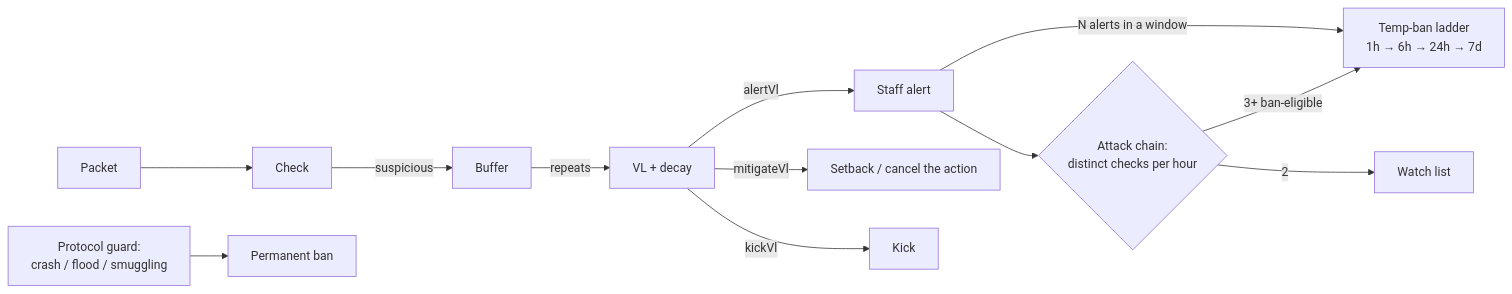
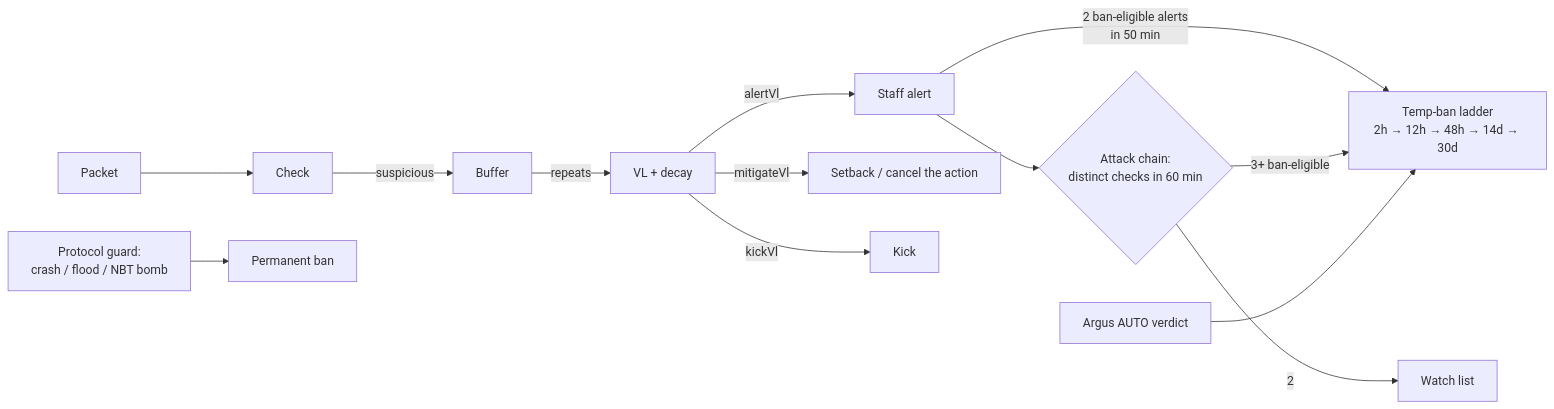
Before and after one commit to dhehdjebejen-beep/Bastion: the diagram in BastionAC/README.md, drawn with Mermaid. The commit also changed other lines of this file and 11 other files, not shown here.

````diff
--- a/BastionAC/README.md
+++ b/BastionAC/README.md
@@ -200,13 +200,14 @@
 ```mermaid
 flowchart LR
     P[Packet] --> CK[Check] -->|suspicious| B[Buffer]
     B -->|repeats| V[VL + decay]
     V -->|alertVl| AL[Staff alert]
     V -->|mitigateVl| MI[Setback / cancel the action]
     V -->|kickVl| KI[Kick]
-    AL -->|N alerts in a window| TB[Temp-ban ladder<br/>1h → 6h → 24h → 7d]
-    AL --> CH{Attack chain:<br/>distinct checks per hour}
+    AL -->|2 ban-eligible alerts<br/>in 50 min| TB[Temp-ban ladder<br/>2h → 12h → 48h → 14d → 30d]
+    AL --> CH{Attack chain:<br/>distinct checks in 60 min}
     CH -->|2| WA[Watch list]
     CH -->|3+ ban-eligible| TB
-    PG[Protocol guard:<br/>crash / flood / smuggling] --> PB[Permanent ban]
+    AR[Argus AUTO verdict] --> TB
+    PG[Protocol guard:<br/>crash / flood / NBT bomb] --> PB[Permanent ban]
 ```
````
